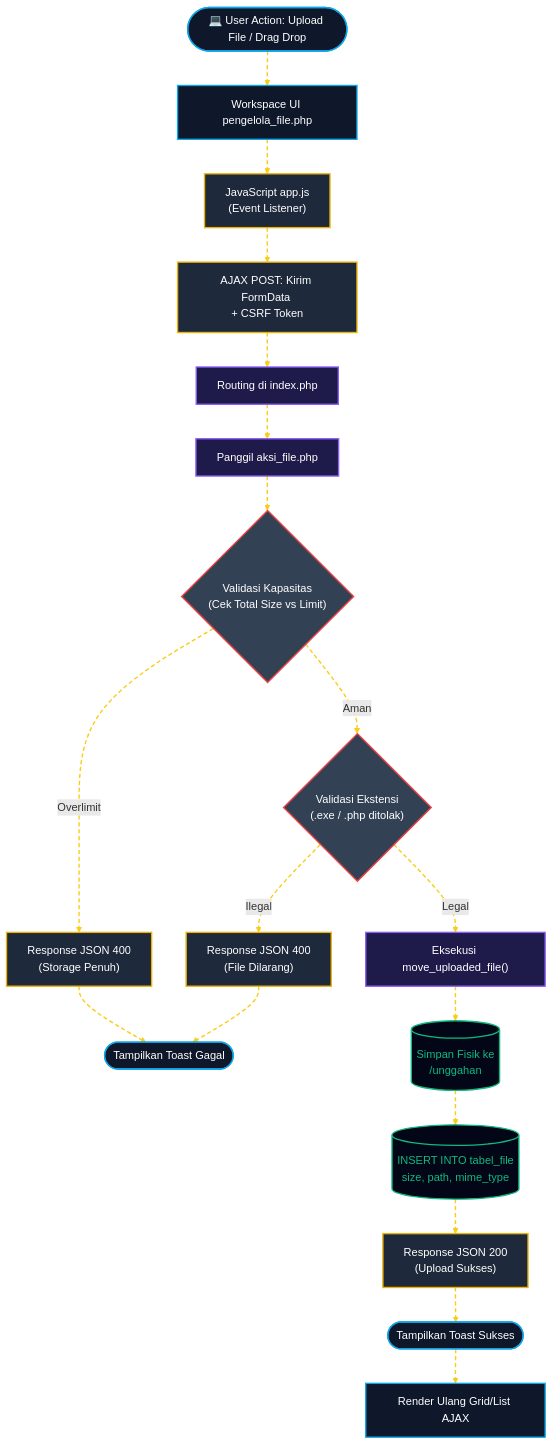
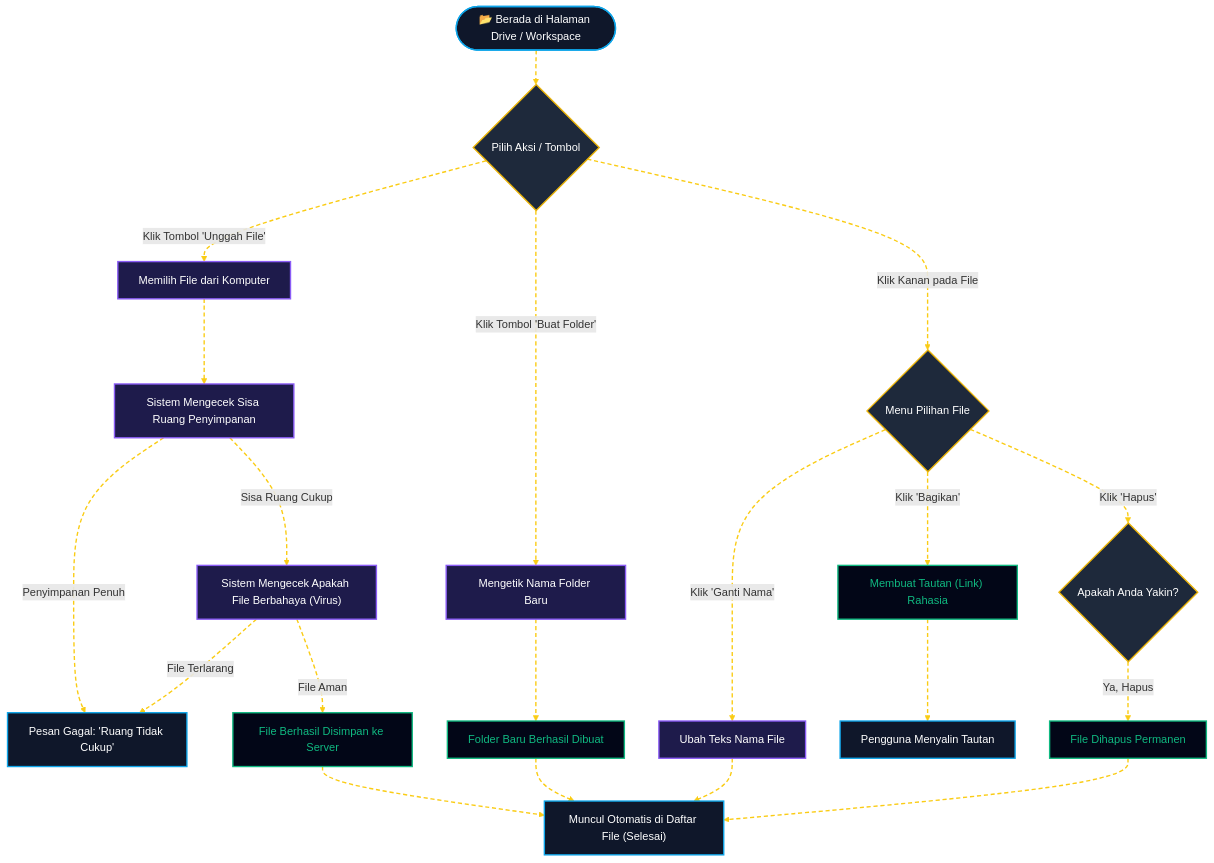
Before and after one commit to alfaragatak87/alfatih-digital-workspace: the second of 3 diagrams in README.md, drawn with Mermaid. The commit also changed other lines of this file, not shown here.

````diff
--- a/README.md
+++ b/README.md
@@ -107,35 +103,34 @@
 ```mermaid
 flowchart TD
-    %% Define Styles
-    classDef client fill:#0f172a,stroke:#0ea5e9,stroke-width:2px,color:#fff;
-    classDef ajax fill:#1e293b,stroke:#eab308,stroke-width:2px,color:#fff;
-    classDef backend fill:#1e1b4b,stroke:#8b5cf6,stroke-width:2px,color:#fff;
-    classDef db fill:#020617,stroke:#10b981,stroke-width:2px,color:#10b981,shape:cylinder;
-    classDef decision fill:#334155,stroke:#ef4444,stroke-width:2px,color:#fff,shape:diamond;
+    classDef page fill:#0f172a,stroke:#0ea5e9,stroke-width:2px,color:#fff;
+    classDef btn fill:#1e293b,stroke:#eab308,stroke-width:2px,color:#fff,shape:diamond;
+    classDef process fill:#1e1b4b,stroke:#8b5cf6,stroke-width:2px,color:#fff;
+    classDef finish fill:#020617,stroke:#10b981,stroke-width:2px,color:#10b981;
 
-    Client(["💻 User Action: Upload File / Drag Drop"]):::client --> UI["Workspace UI pengelola_file.php"]:::client
-    UI --> AppJS["JavaScript app.js <br/>(Event Listener)"]:::ajax
-    AppJS --> AjaxPost["AJAX POST: Kirim FormData <br/>+ CSRF Token"]:::ajax
+    Drive(["📂 Berada di Halaman Drive / Workspace"]):::page --> TombolDrive{"Pilih Aksi / Tombol"}:::btn
     
-    AjaxPost --> RouteBackend["Routing di index.php"]:::backend
-    RouteBackend --> ModulAksi["Panggil aksi_file.php"]:::backend
+    %% Alur Upload File
+    TombolDrive -- "Klik Tombol 'Unggah File'" --> PilihFile["Memilih File dari Komputer"]:::process
+    PilihFile --> CekPenyimpanan["Sistem Mengecek Sisa Ruang Penyimpanan"]:::process
     
-    ModulAksi --> CekStorage{"Validasi Kapasitas <br/>(Cek Total Size vs Limit)"}:::decision
-    CekStorage -- "Overlimit" --> ResErr1["Response JSON 400 <br/>(Storage Penuh)"]:::ajax
+    CekPenyimpanan -- "Penyimpanan Penuh" --> GagalUpload["Pesan Gagal: 'Ruang Tidak Cukup'"]:::page
+    CekPenyimpanan -- "Sisa Ruang Cukup" --> CekBahaya["Sistem Mengecek Apakah File Berbahaya (Virus)"]:::process
     
-    CekStorage -- "Aman" --> CekEkstensi{"Validasi Ekstensi <br/>(.exe / .php ditolak)"}:::decision
-    CekEkstensi -- "Ilegal" --> ResErr2["Response JSON 400 <br/>(File Dilarang)"]:::ajax
+    CekBahaya -- "File Terlarang" --> GagalUpload
+    CekBahaya -- "File Aman" --> SimpanFile["File Berhasil Disimpan ke Server"]:::finish
+    SimpanFile --> TampilBaru["Muncul Otomatis di Daftar File (Selesai)"]:::page
     
-    CekEkstensi -- "Legal" --> MoveFile["Eksekusi move_uploaded_file()"]:::backend
-    MoveFile --> HDD[("Simpan Fisik ke <br/>/unggahan")]:::db
+    %% Alur Buat Folder
+    TombolDrive -- "Klik Tombol 'Buat Folder'" --> KetikFolder["Mengetik Nama Folder Baru"]:::process
+    KetikFolder --> BuatFolder["Folder Baru Berhasil Dibuat"]:::finish
+    BuatFolder --> TampilBaru
     
-    HDD --> DBInsert[("INSERT INTO tabel_file <br/>size, path, mime_type")]:::db
-    DBInsert --> ResOk["Response JSON 200 <br/>(Upload Sukses)"]:::ajax
-    
-    ResErr1 & ResErr2 --> ToastFail(["Tampilkan Toast Gagal"]):::client
-    ResOk --> ToastOk(["Tampilkan Toast Sukses"]):::client
-    ToastOk --> ReloadUI["Render Ulang Grid/List AJAX"]:::client
-    
-    %% Animasi Efek Cahaya / Energy Flow
+    %% Alur Klik Kanan
+    TombolDrive -- "Klik Kanan pada File" --> MenuKonteks{"Menu Pilihan File"}:::btn
+    MenuKonteks -- "Klik 'Ganti Nama'" --> Rename["Ubah Teks Nama File"]:::process --> TampilBaru
+    MenuKonteks -- "Klik 'Bagikan'" --> Share["Membuat Tautan (Link) Rahasia"]:::finish --> Salin["Pengguna Menyalin Tautan"]:::page
+    MenuKonteks -- "Klik 'Hapus'" --> KonfirmasiHapus{"Apakah Anda Yakin?"}:::btn
+    KonfirmasiHapus -- "Ya, Hapus" --> Terhapus["File Dihapus Permanen"]:::finish --> TampilBaru
+
     linkStyle default stroke:#facc15,stroke-width:2px,stroke-dasharray: 6 4,animation: dash 0.8s linear infinite;
 ```
````
